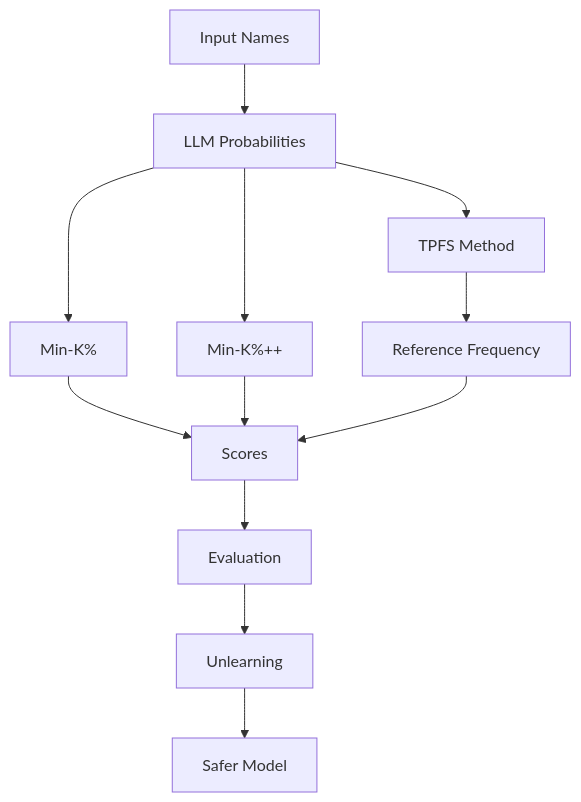
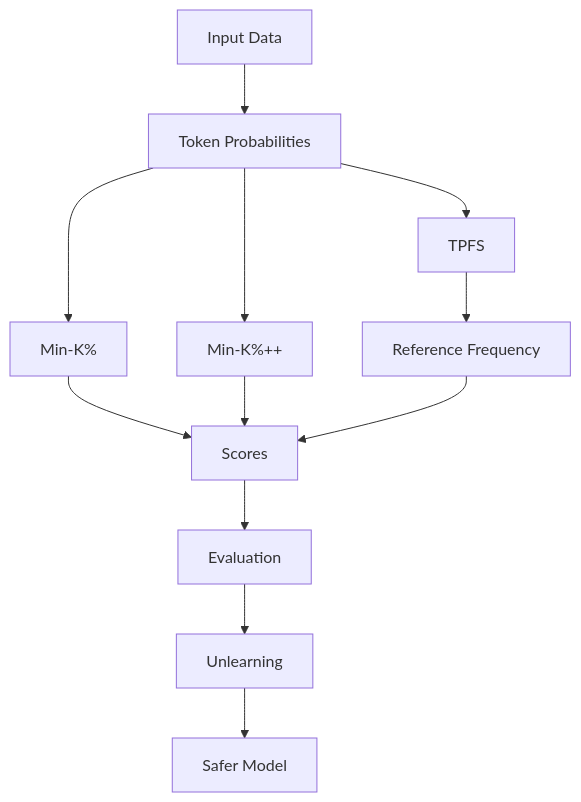
One commit to ABnirob/Final-Year-Project-Unveiling-PII-in-Pre-trained-Models-Investigating-Data-Accountability-in-LLMs changed the diagram in README.md. Above: the diagram before and after it, drawn with Mermaid. The commit also changed other lines of this file, not shown here.

````diff
--- a/README.md
+++ b/README.md
@@ -54,14 +78,14 @@
 ```mermaid
 flowchart TD
-    A[Input Names] --> B[LLM Probabilities]
+    A[Input Data] --> B[Token Probabilities]
     B --> C[Min-K%]
     B --> D[Min-K%++]
-    B --> E[TPFS Method]
+    B --> E[TPFS]
     E --> F[Reference Frequency]
     C --> G[Scores]
     D --> G
     F --> G
     G --> H[Evaluation]
     H --> I[Unlearning]
     I --> J[Safer Model]
 ```
````
